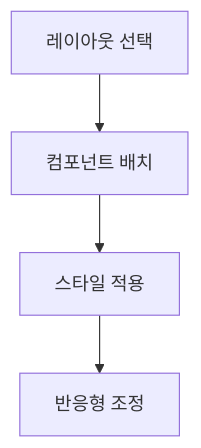
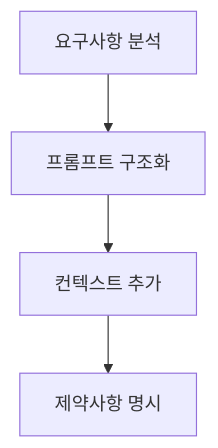
Before and after one commit to ustudiopd/vibe_coding: the sixth of 7 diagrams in vibe_coding_timeline.md, drawn with Mermaid. The commit also changed other lines of this file, not shown here.

Commit message:
docs: 프롬프트 작성 중심으로 내용 변경

````diff
--- a/vibe_coding_timeline.md
+++ b/vibe_coding_timeline.md
@@ -201,6 +157,6 @@
 ```mermaid
 graph TD
-    A[레이아웃 선택] --> B[컴포넌트 배치]
-    B --> C[스타일 적용]
-    C --> D[반응형 조정]
+    A[요구사항 분석] --> B[프롬프트 구조화]
+    B --> C[컨텍스트 추가]
+    C --> D[제약사항 명시]
 ```
````
